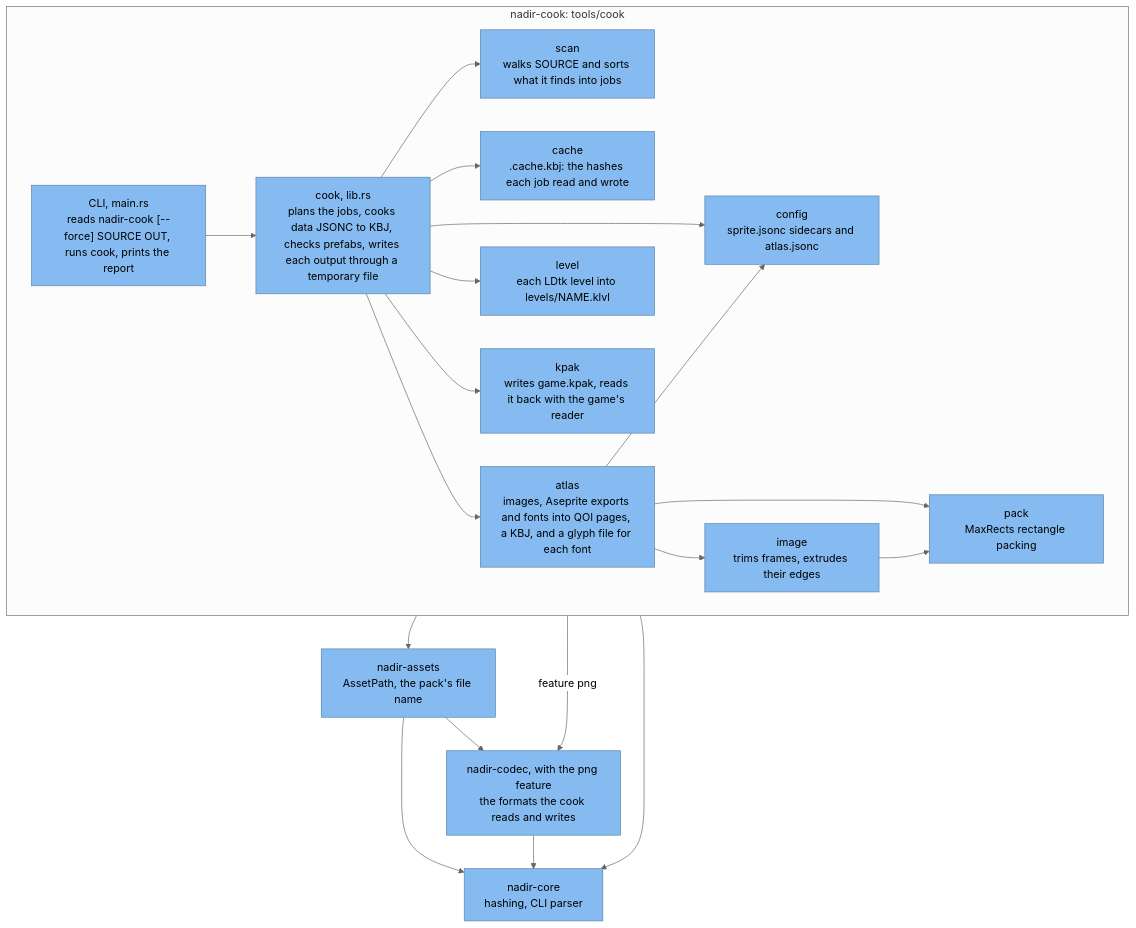
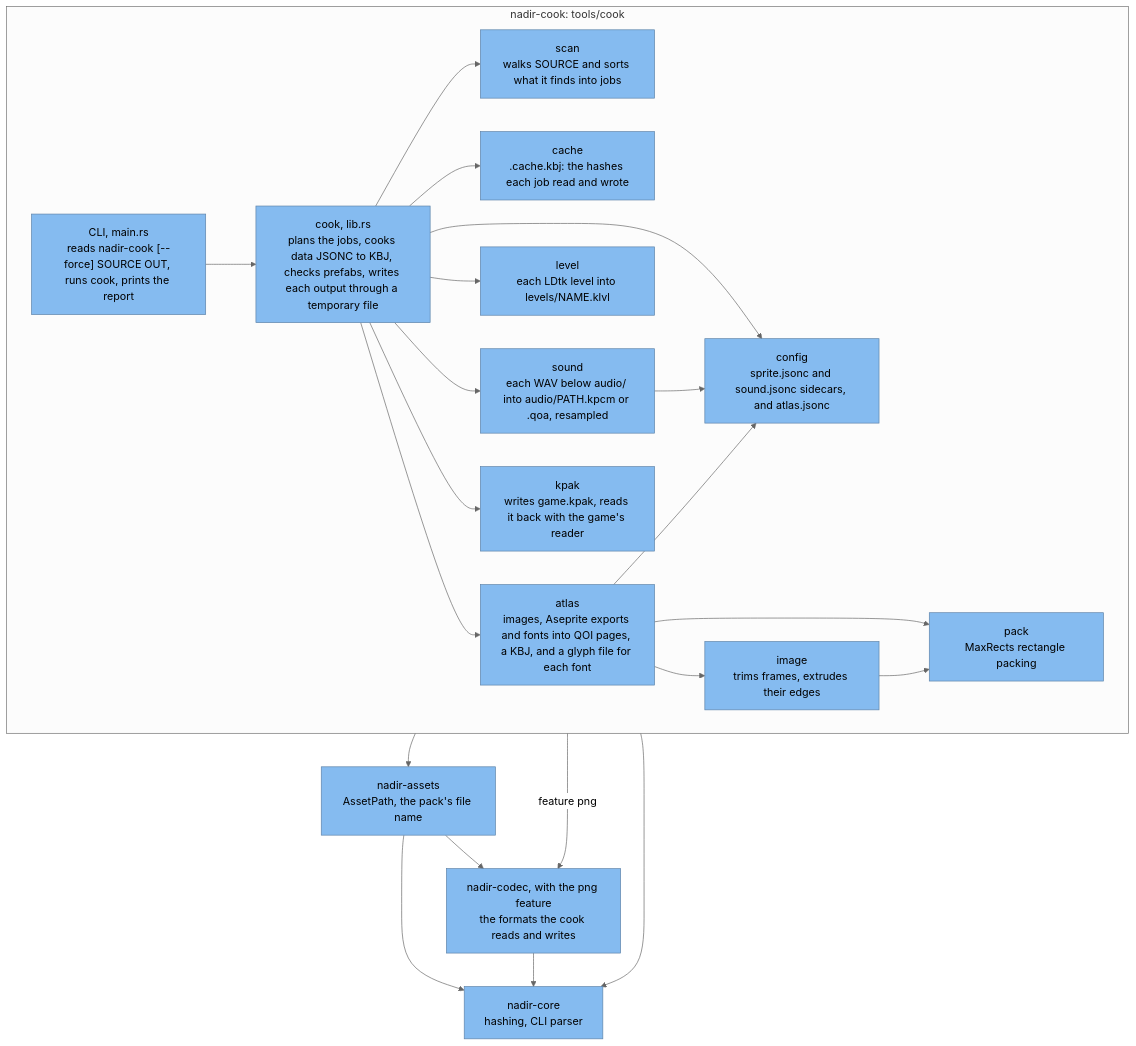
Before and after one commit to jabbott-iii/Nadir: the fourth of 5 diagrams in diagrams/c4-architecture.md, drawn with Mermaid (neutral theme). The commit also changed other lines of this file and 73 other files, not shown here.

````diff
--- a/diagrams/c4-architecture.md
+++ b/diagrams/c4-architecture.md
@@ -245,39 +245,42 @@
 ```mermaid
 flowchart TB
     subgraph cook_pkg["nadir-cook: tools/cook"]
         cli["CLI, main.rs<br/>reads nadir-cook [--force] SOURCE OUT, runs cook, prints the report"]
         lib["cook, lib.rs<br/>plans the jobs, cooks data JSONC to KBJ, checks prefabs, writes each output through a temporary file"]
         scan["scan<br/>walks SOURCE and sorts what it finds into jobs"]
-        config["config<br/>sprite.jsonc sidecars and atlas.jsonc"]
+        config["config<br/>sprite.jsonc and sound.jsonc sidecars, and atlas.jsonc"]
         cache["cache<br/>.cache.kbj: the hashes each job read and wrote"]
         atlas["atlas<br/>images, Aseprite exports and fonts into QOI pages, a KBJ, and a glyph file for each font"]
         image["image<br/>trims frames, extrudes their edges"]
         packer["pack<br/>MaxRects rectangle packing"]
         level["level<br/>each LDtk level into levels/NAME.klvl"]
+        sound["sound<br/>each WAV below audio/ into audio/PATH.kpcm or .qoa, resampled"]
         kpak["kpak<br/>writes game.kpak, reads it back with the game's reader"]
     end
     n_assets["nadir-assets<br/>AssetPath, the pack's file name"]
     n_codec["nadir-codec, with the png feature<br/>the formats the cook reads and writes"]
     n_core["nadir-core<br/>hashing, CLI parser"]
 
     cli --> lib
     lib --> scan
     lib --> config
     lib --> cache
     lib --> atlas
     lib --> level
+    lib --> sound
     lib --> kpak
+    sound --> config
     atlas --> config
     atlas --> image
     atlas --> packer
     image --> packer
     cook_pkg -->|"feature png"| n_codec
     cook_pkg --> n_assets
     cook_pkg --> n_core
     n_assets --> n_codec
     n_assets --> n_core
     n_codec --> n_core
 
     classDef component fill:#85bbf0,stroke:#5d82a8,color:#000000
-    class cli,lib,scan,config,cache,atlas,image,packer,level,kpak,n_assets,n_codec,n_core component
+    class cli,lib,scan,config,cache,atlas,image,packer,level,sound,kpak,n_assets,n_codec,n_core component
 ```
````
